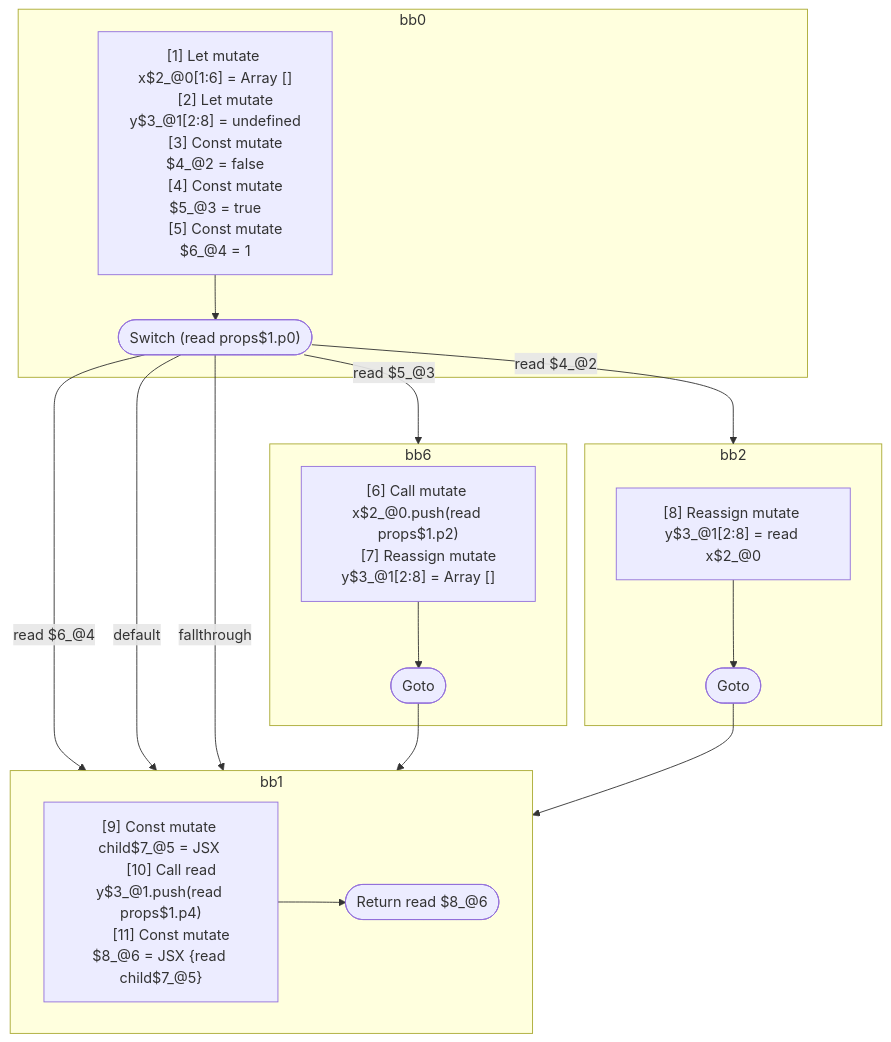
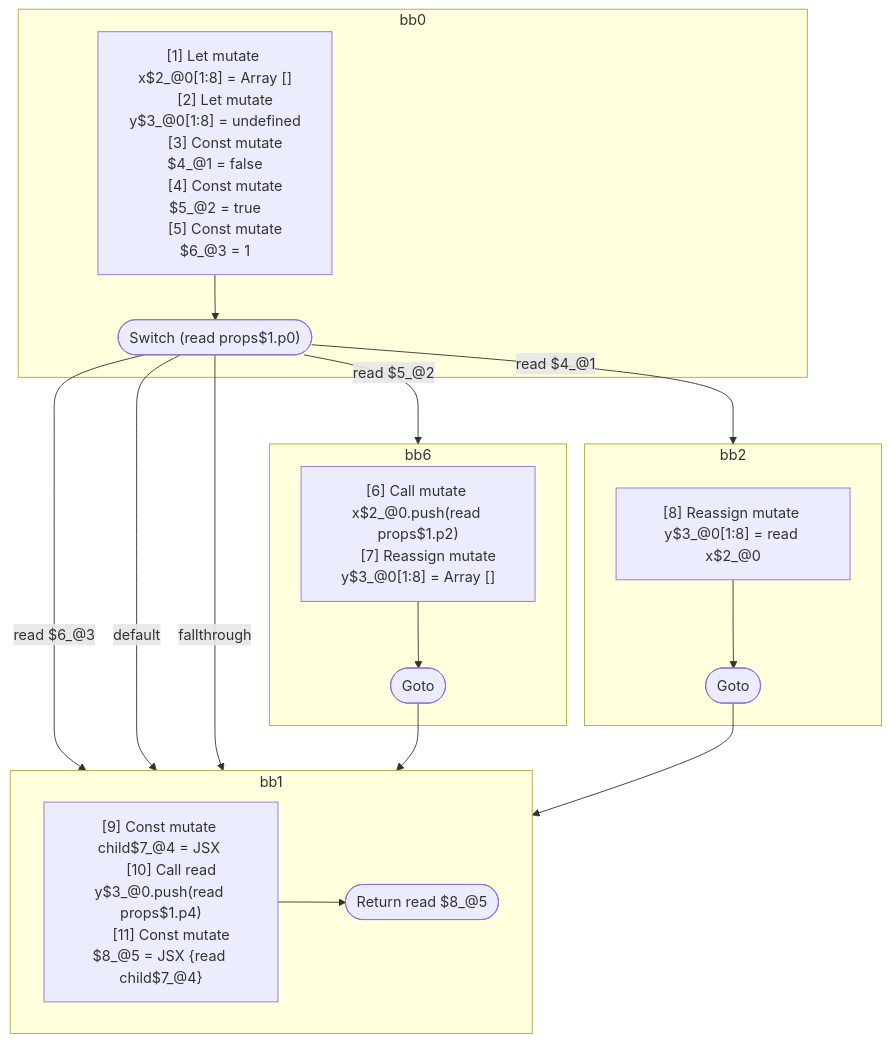
The diagram in compiler/forget/src/__tests__/fixtures/hir/switch-non-final-default.expect.md (wutsmog/private), drawn with Mermaid before and after one commit. The commit also changed other lines of this file and 13 other files, not shown here.

````diff
--- a/compiler/forget/src/__tests__/fixtures/hir/switch-non-final-default.expect.md
+++ b/compiler/forget/src/__tests__/fixtures/hir/switch-non-final-default.expect.md
@@ -64,45 +64,45 @@
 ```mermaid
 flowchart TB
   %% Basic Blocks
   subgraph bb0
     bb0_instrs["
-      [1] Let mutate x$2_@0[1:6] = Array []
-      [2] Let mutate y$3_@1[2:8] = undefined
-      [3] Const mutate $4_@2 = false
-      [4] Const mutate $5_@3 = true
-      [5] Const mutate $6_@4 = 1
+      [1] Let mutate x$2_@0[1:8] = Array []
+      [2] Let mutate y$3_@0[1:8] = undefined
+      [3] Const mutate $4_@1 = false
+      [4] Const mutate $5_@2 = true
+      [5] Const mutate $6_@3 = 1
     "]
     bb0_instrs --> bb0_terminal(["Switch (read props$1.p0)"])
   end
   subgraph bb6
     bb6_instrs["
       [6] Call mutate x$2_@0.push(read props$1.p2)
-      [7] Reassign mutate y$3_@1[2:8] = Array []
+      [7] Reassign mutate y$3_@0[1:8] = Array []
     "]
     bb6_instrs --> bb6_terminal(["Goto"])
   end
   subgraph bb2
     bb2_instrs["
-      [8] Reassign mutate y$3_@1[2:8] = read x$2_@0
+      [8] Reassign mutate y$3_@0[1:8] = read x$2_@0
     "]
     bb2_instrs --> bb2_terminal(["Goto"])
   end
   subgraph bb1
     bb1_instrs["
-      [9] Const mutate child$7_@5 = JSX <read Component$0 data={freeze x$2_@0} ></read Component$0>
-      [10] Call read y$3_@1.push(read props$1.p4)
-      [11] Const mutate $8_@6 = JSX <read Component$0 data={freeze y$3_@1} >{read child$7_@5}</read Component$0>
+      [9] Const mutate child$7_@4 = JSX <read Component$0 data={freeze x$2_@0} ></read Component$0>
+      [10] Call read y$3_@0.push(read props$1.p4)
+      [11] Const mutate $8_@5 = JSX <read Component$0 data={freeze y$3_@0} >{read child$7_@4}</read Component$0>
     "]
-    bb1_instrs --> bb1_terminal(["Return read $8_@6"])
+    bb1_instrs --> bb1_terminal(["Return read $8_@5"])
   end
 
   %% Jumps
-  bb0_terminal -- "read $6_@4" --> bb1
-  bb0_terminal -- "read $5_@3" --> bb6
+  bb0_terminal -- "read $6_@3" --> bb1
+  bb0_terminal -- "read $5_@2" --> bb6
   bb0_terminal -- "default" --> bb1
-  bb0_terminal -- "read $4_@2" --> bb2
+  bb0_terminal -- "read $4_@1" --> bb2
   bb0_terminal -- "fallthrough" --> bb1
   bb6_terminal --> bb1
   bb2_terminal --> bb1
 
 ```
````
